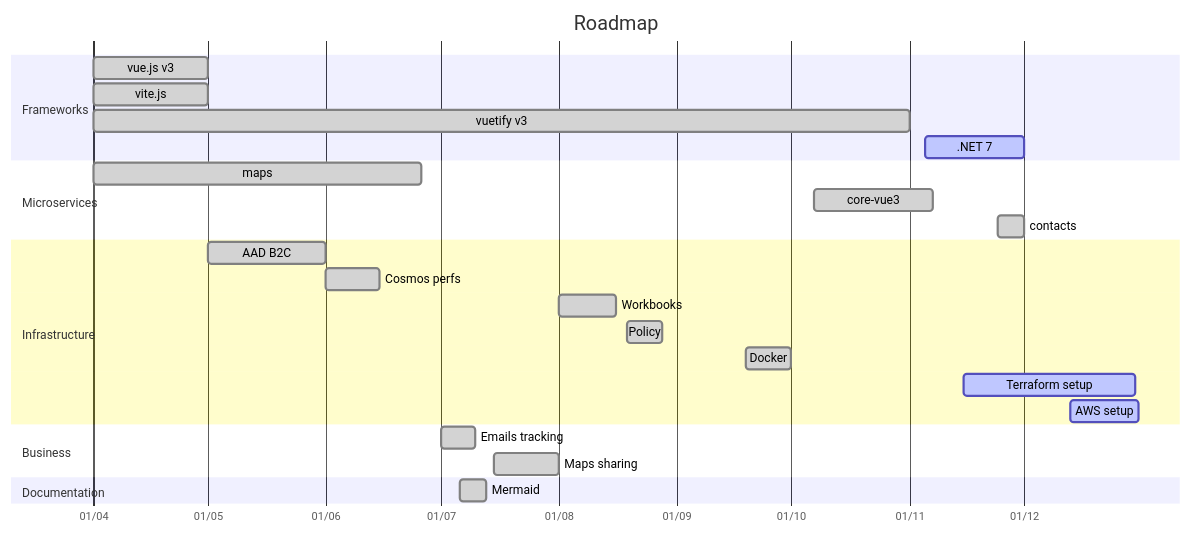
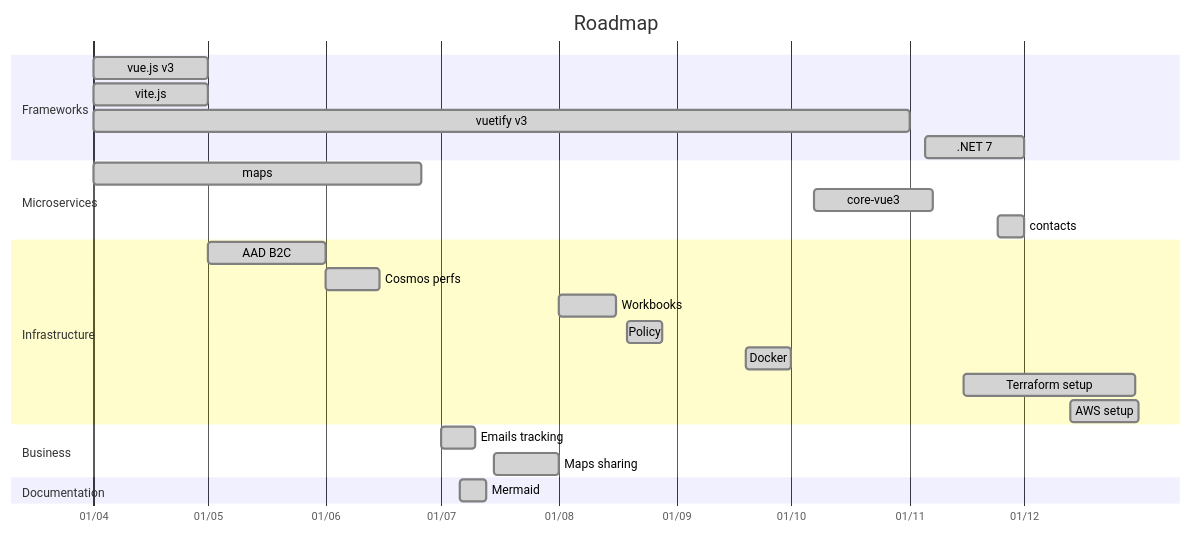
The second of 2 diagrams in docs/roadmap.md (amilochau/.github), drawn with Mermaid before and after one commit. The commit also changed other lines of this file, not shown here.

Commit message:
Improve roadmap

````diff
--- a/docs/roadmap.md
+++ b/docs/roadmap.md
@@ -63,33 +78,33 @@
 ```mermaid
 gantt
   title Roadmap
   dateFormat YYYY-MM-DD
   axisFormat %d/%m
 
   section Frameworks
   vue.js v3       : done,       vue,        2022-04-01,               2022-05-01
   vite.js         : done,       vite,       2022-04-01,               2022-05-01
   vuetify v3      : done,       vuetify,    2022-04-01,               2022-11-01
-  .NET 7          : active,     dotnet,     2022-11-05,               2022-12-01
+  .NET 7          : done,       dotnet,     2022-11-05,               2022-12-01
 
   section Microservices
   maps            : done,       maps,       2022-04-01,               2022-06-26
   core-vue3       : done,       corevue3,   2022-10-07,               2022-11-07
   contacts        : done,       contacts,   2022-11-24,               2022-12-01
 
   section Infrastructure
   AAD B2C         : done,       aadb2c,     2022-05-01,               2022-06-01
   Cosmos perfs    : done,       cosmos,     2022-06-01,               2022-06-15
   Workbooks       : done,       workbooks,  2022-08-01,               2022-08-16
   Policy          : done,       policy,     2022-08-19,               2022-08-28
   Docker          : done,       docker,     2022-09-19,               2022-10-01
-  Terraform setup : active,     terraform,  2022-11-15,               2022-12-30
-  AWS setup       : active,     aws,        2022-12-13,               2022-12-31
+  Terraform setup : done,       terraform,  2022-11-15,               2022-12-30
+  AWS setup       : done,       aws,        2022-12-13,               2022-12-31
 
   section Business
   Emails tracking : done,       tracking,   2022-07-01,               2022-07-10
   Maps sharing    : done,       sharing,    2022-07-15,               2022-08-01
 
   section Documentation
   Mermaid         : done,       mermaid,    2022-07-06,               2022-07-13
 ```
````
